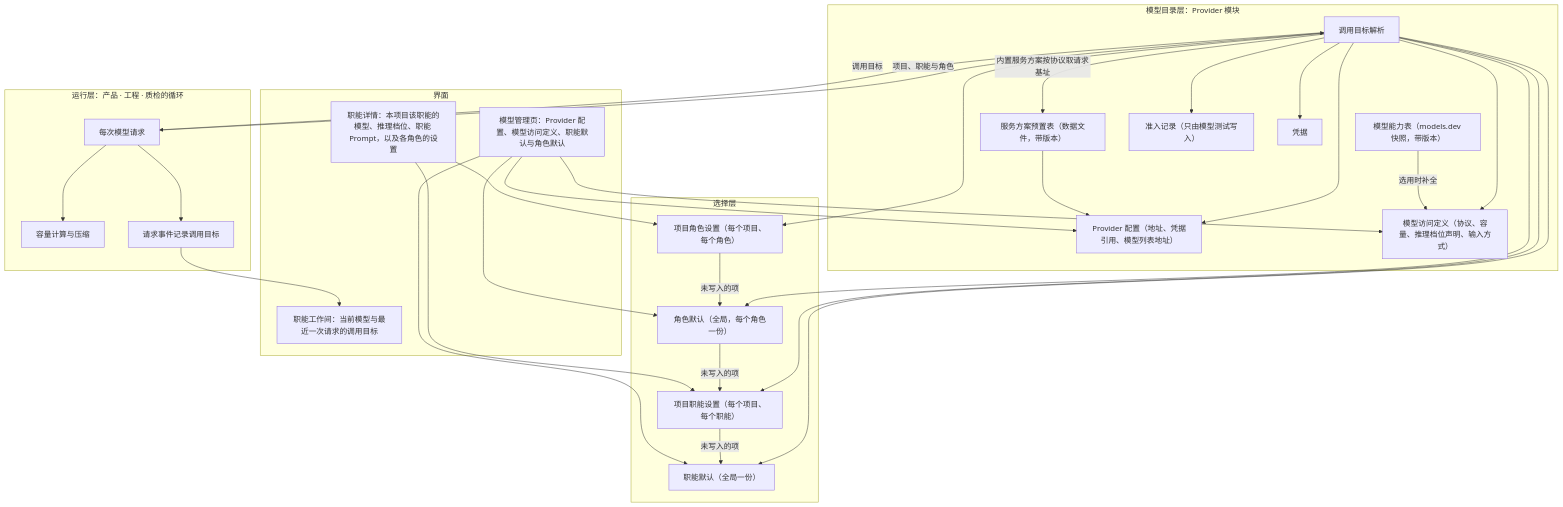
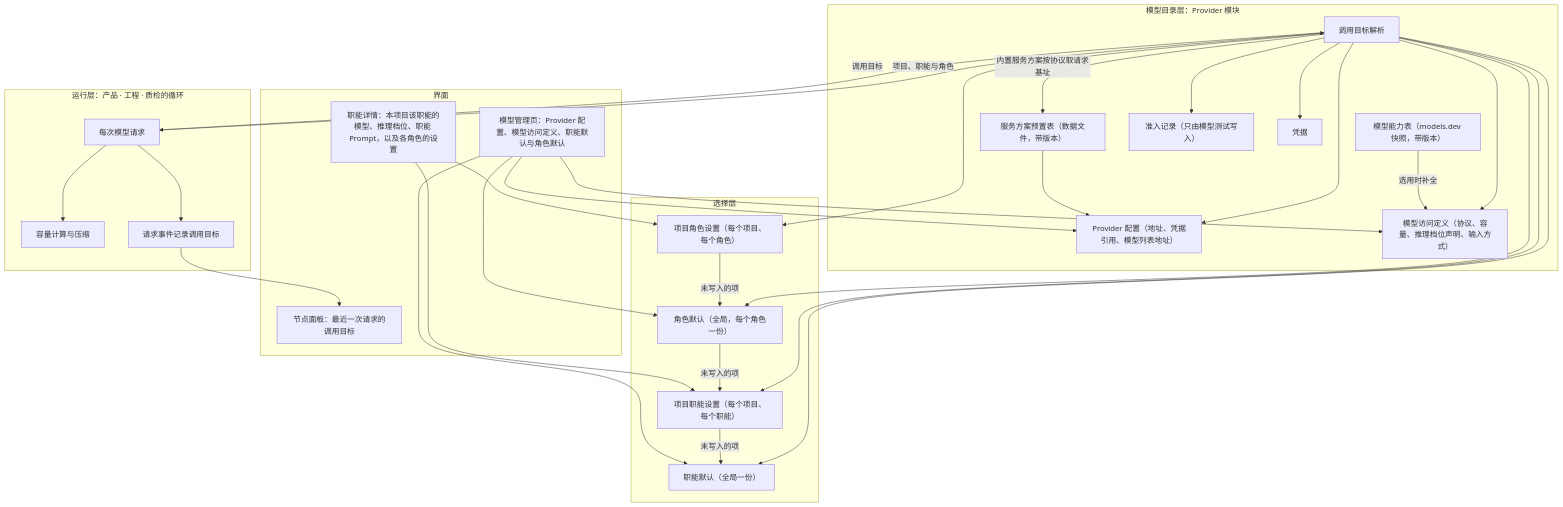
One commit to bender2333/yudao changed the first of 4 diagrams in docs/design/model-management.md. Above: the diagram before and after it, drawn with Mermaid. The commit also changed other lines of this file and 12 other files, not shown here.

````diff
--- a/docs/design/model-management.md
+++ b/docs/design/model-management.md
@@ -31,53 +31,53 @@
 ```mermaid
 flowchart TB
   subgraph UI["界面"]
     MM["模型管理页：Provider 配置、模型访问定义、职能默认与角色默认"]
     DS["职能详情：本项目该职能的模型、推理档位、职能 Prompt，以及各角色的设置"]
-    Room["职能工作间：当前模型与最近一次请求的调用目标"]
+    Room["节点面板：最近一次请求的调用目标"]
   end
   subgraph Select["选择层"]
     Default["职能默认（全局一份）"]
     ProjectSet["项目职能设置（每个项目、每个职能）"]
     RoleDefault["角色默认（全局，每个角色一份）"]
     ProjectRole["项目角色设置（每个项目、每个角色）"]
   end
   subgraph Catalog["模型目录层：Provider 模块"]
     Presets["服务方案预置表（数据文件，带版本）"]
     Caps["模型能力表（models.dev 快照，带版本）"]
     Conn["Provider 配置（地址、凭据引用、模型列表地址）"]
     Def["模型访问定义（协议、容量、推理档位声明、输入方式）"]
     Adm["准入记录（只由模型测试写入）"]
     Cred["凭据"]
     Resolve["调用目标解析"]
   end
   subgraph Run["运行层：产品 · 工程 · 质检的循环"]
     Req["每次模型请求"]
     Cap["容量计算与压缩"]
     Audit["请求事件记录调用目标"]
   end
   MM --> Conn
   MM --> Def
   MM --> Default
   MM --> RoleDefault
   DS --> ProjectSet
   DS --> ProjectRole
   Presets --> Conn
   Caps -->|"选用时补全"| Def
   ProjectRole -->|"未写入的项"| RoleDefault
   RoleDefault -->|"未写入的项"| ProjectSet
   ProjectSet -->|"未写入的项"| Default
   Req -->|"项目、职能与角色"| Resolve
   Resolve --> ProjectRole
   Resolve --> RoleDefault
   Resolve --> ProjectSet
   Resolve --> Default
   Resolve --> Def
   Resolve --> Adm
   Resolve --> Cred
   Resolve --> Conn
   Resolve -->|"内置服务方案按协议取请求基址"| Presets
   Resolve -->|"调用目标"| Req
   Req --> Cap
   Req --> Audit
   Audit --> Room
 ```
````
